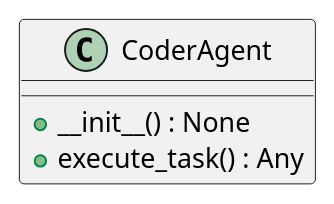
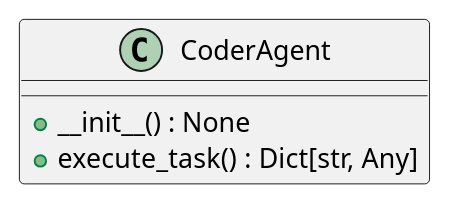
One commit to lgcorzo/llmops-python-package changed the first of 6 diagrams in openwiki/modules/src/autogen_team/application/agents/coder_agent.md. Above: the diagram before and after it, drawn with PlantUML. The commit also changed other lines of this file and 155 other files, not shown here.

````diff
--- a/openwiki/modules/src/autogen_team/application/agents/coder_agent.md
+++ b/openwiki/modules/src/autogen_team/application/agents/coder_agent.md
@@ -54,8 +63,8 @@
 ```plantuml
 @startuml
     class CoderAgent {
         +__init__() : None
-        +execute_task() : Any
+        +execute_task() : Dict[str, Any]
     }
 @enduml
 ```
````
